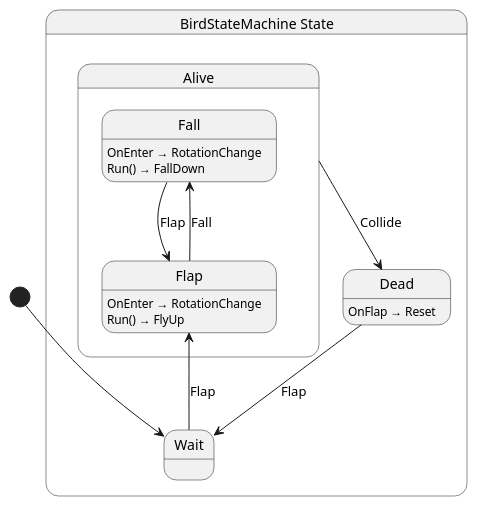
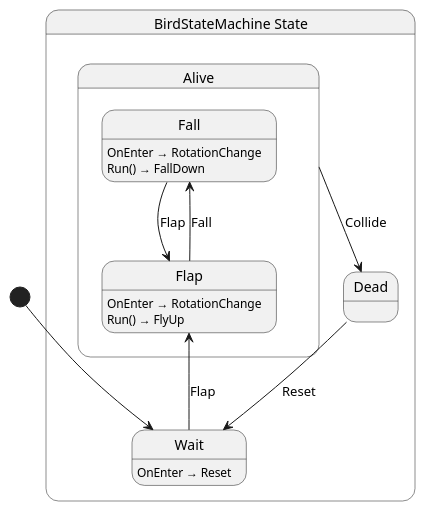
One commit to fm39hz/FlappyBirdGame changed the diagram in src/Game/Creature/Bird/BirdStateMachine.g.puml. Above: the diagram before and after it, drawn with PlantUML. The commit also changed 4 other files, not shown here.

Commit message:
feat(bird): add reset functionality to bird state

```diff
--- a/src/Game/Creature/Bird/BirdStateMachine.g.puml
+++ b/src/Game/Creature/Bird/BirdStateMachine.g.puml
@@ -1,24 +1,24 @@
 @startuml BirdStateMachine
 state "BirdStateMachine State" as FlappyBirdGame_Game_Creature_BirdStateMachine_State {
   state "Alive" as FlappyBirdGame_Game_Creature_BirdStateMachine_State_Alive {
     state "Fall" as FlappyBirdGame_Game_Creature_BirdStateMachine_State_Alive_Fall
     state "Flap" as FlappyBirdGame_Game_Creature_BirdStateMachine_State_Alive_Flap
   }
   state "Dead" as FlappyBirdGame_Game_Creature_BirdStateMachine_State_Dead
   state "Wait" as FlappyBirdGame_Game_Creature_BirdStateMachine_State_Wait
 }
 
 FlappyBirdGame_Game_Creature_BirdStateMachine_State_Alive --> FlappyBirdGame_Game_Creature_BirdStateMachine_State_Dead : Collide
 FlappyBirdGame_Game_Creature_BirdStateMachine_State_Alive_Fall --> FlappyBirdGame_Game_Creature_BirdStateMachine_State_Alive_Flap : Flap
 FlappyBirdGame_Game_Creature_BirdStateMachine_State_Alive_Flap --> FlappyBirdGame_Game_Creature_BirdStateMachine_State_Alive_Fall : Fall
-FlappyBirdGame_Game_Creature_BirdStateMachine_State_Dead --> FlappyBirdGame_Game_Creature_BirdStateMachine_State_Wait : Flap
+FlappyBirdGame_Game_Creature_BirdStateMachine_State_Dead --> FlappyBirdGame_Game_Creature_BirdStateMachine_State_Wait : Reset
 FlappyBirdGame_Game_Creature_BirdStateMachine_State_Wait --> FlappyBirdGame_Game_Creature_BirdStateMachine_State_Alive_Flap : Flap
 
 FlappyBirdGame_Game_Creature_BirdStateMachine_State_Alive_Fall : OnEnter → RotationChange
 FlappyBirdGame_Game_Creature_BirdStateMachine_State_Alive_Fall : Run() → FallDown
 FlappyBirdGame_Game_Creature_BirdStateMachine_State_Alive_Flap : OnEnter → RotationChange
 FlappyBirdGame_Game_Creature_BirdStateMachine_State_Alive_Flap : Run() → FlyUp
-FlappyBirdGame_Game_Creature_BirdStateMachine_State_Dead : OnFlap → Reset
+FlappyBirdGame_Game_Creature_BirdStateMachine_State_Wait : OnEnter → Reset
 
 [*] --> FlappyBirdGame_Game_Creature_BirdStateMachine_State_Wait
 @enduml
```
